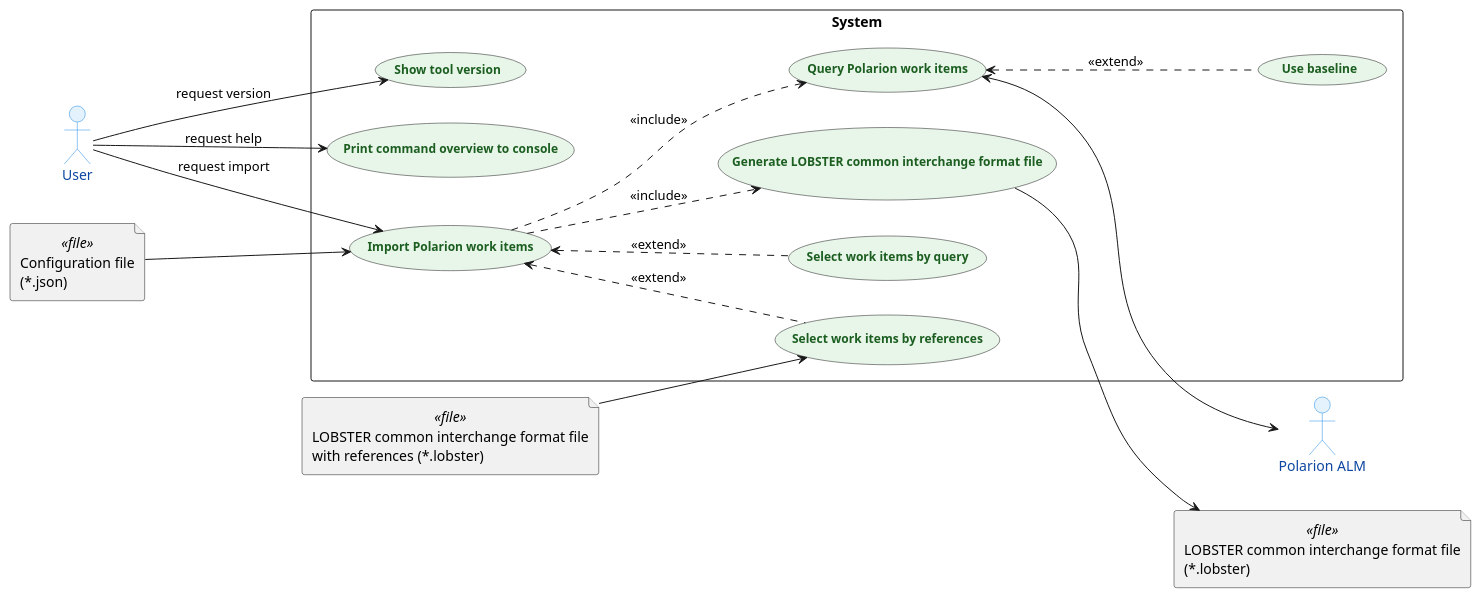
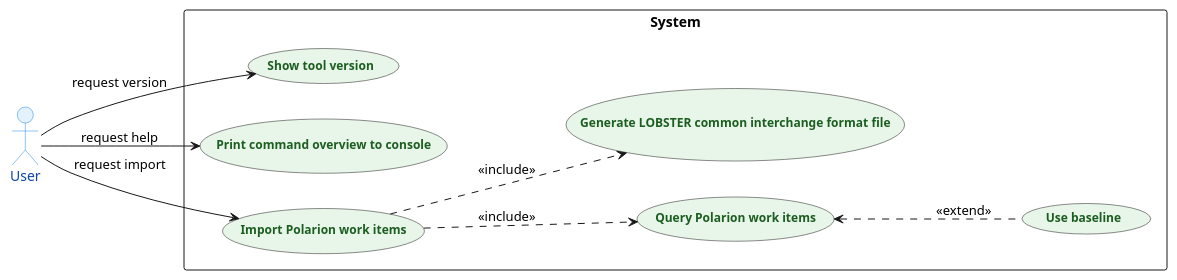
One commit to NewTec-GmbH/lobster-polarion changed the diagram in doc/architecture/use_case.puml. Above: the diagram before and after it, drawn with PlantUML. The commit also changed 4 other files, not shown here.

First line of the commit message:
docs: rework context and use case diagram after review

```diff
--- a/doc/architecture/use_case.puml
+++ b/doc/architecture/use_case.puml
@@ -1,60 +1,47 @@
 @startuml use_case
 
 ' Setting ''''''''''''''''''''''''''''''''''''''''''''''''''''''''''''''''''''''''''''''''''''''''''
 
 left to right direction
 
 <style>
 actor {
   BackgroundColor #E3F2FD
   LineColor #1E88E5
   FontColor #0D47A1
   FontWeight bold
 }
 
 usecase {
   BackgroundColor #E8F5E9
   BorderColor #388E3C
   FontColor #1B5E20
   RoundCorner 20
   FontSize 12
   FontStyle bold
 }
 </style>
 
 ' Components '''''''''''''''''''''''''''''''''''''''''''''''''''''''''''''''''''''''''''''''''''''''
 
 actor "User" as user
-file "Configuration file\n(*.json)" as configuration <<file>>
-file "LOBSTER common interchange format file\nwith references (*.lobster)" as lobster_input <<file>>
 
 rectangle "System" {
     usecase "Show tool version" as uc_version
     usecase "Print command overview to console" as uc_help
     usecase "Import Polarion work items" as uc_import
-    usecase "Select work items by query" as uc_select_query
-    usecase "Select work items by references" as uc_select_tagged
     usecase "Use baseline" as uc_baseline
     usecase "Query Polarion work items" as uc_query
     usecase "Generate LOBSTER common interchange format file" as uc_output
 }
-
-actor "Polarion ALM" as polarion
-file "LOBSTER common interchange format file\n(*.lobster)" as lobster_output <<file>>
 
 ' Flows ''''''''''''''''''''''''''''''''''''''''''''''''''''''''''''''''''''''''''''''''''''''''''''
 
 user --> uc_help : request help
 user --> uc_version : request version
 user --> uc_import : request import
-configuration --> uc_import
-lobster_input --> uc_select_tagged
 uc_import ..> uc_query : <<include>>
 uc_import ..> uc_output : <<include>>
-uc_import <.. uc_select_query : <<extend>>
-uc_import <.. uc_select_tagged : <<extend>>
 uc_query <.. uc_baseline : <<extend>>
-uc_query <--> polarion
-uc_output --> lobster_output
 
 @enduml
```
